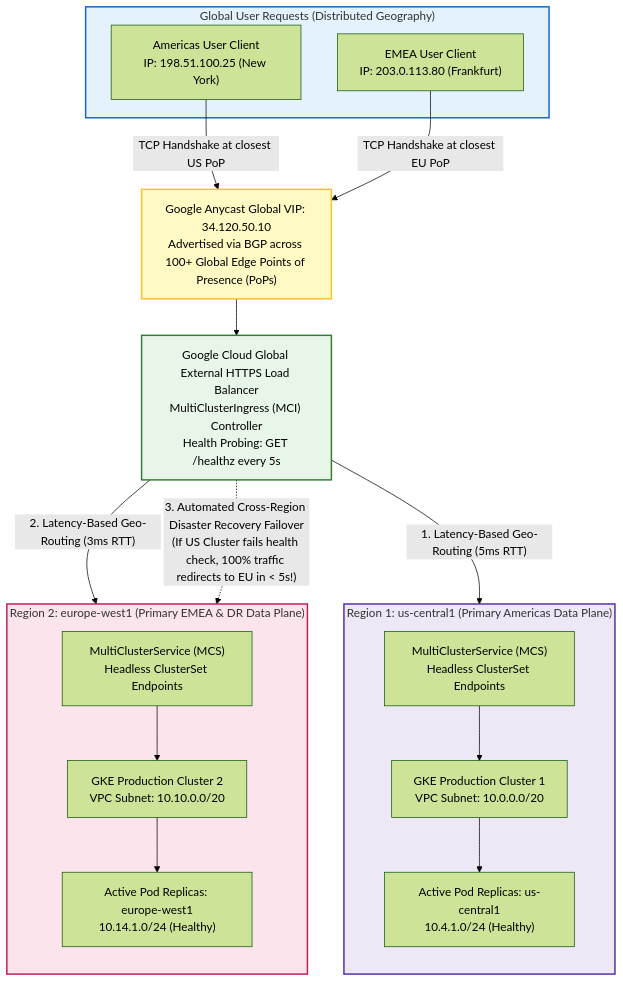
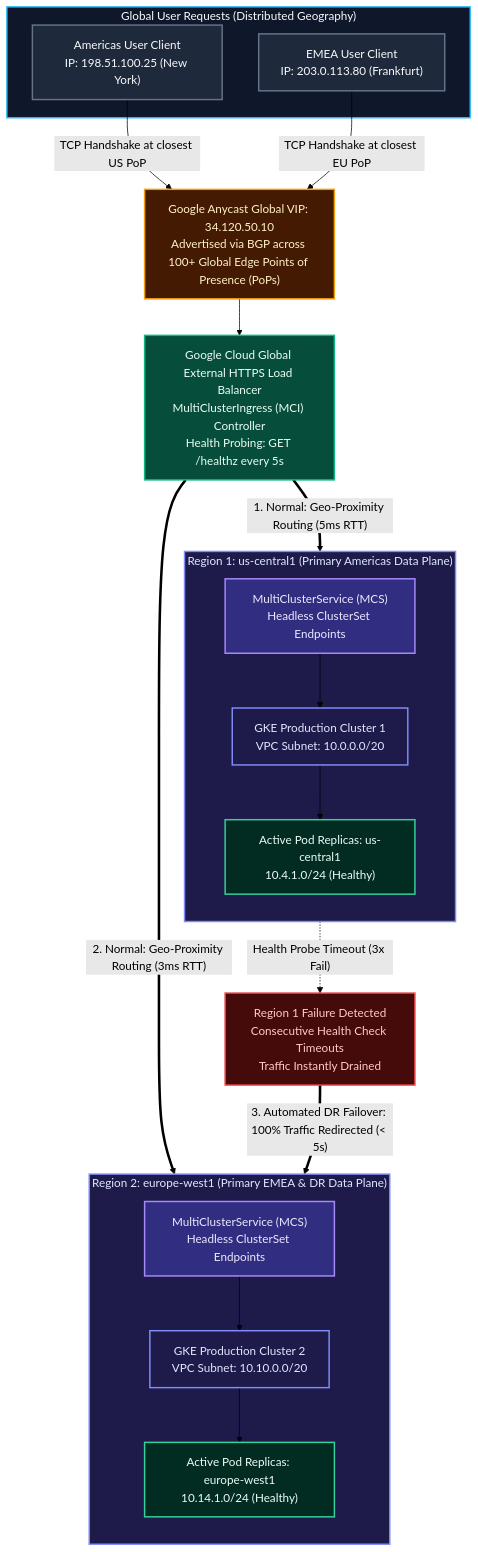
Before and after one commit to Chief-Strategist-J/gcd: the tenth of 15 diagrams in kubernetes/networking-shell-command.md, drawn with Mermaid (forest theme). The commit also changed other lines of this file, not shown here.

Commit message:
fix(mermaid): resolve syntax parse errors and apply dark theme colors with clear error pathways

````diff
--- a/kubernetes/networking-shell-command.md
+++ b/kubernetes/networking-shell-command.md
@@ -1584,42 +1592,54 @@
 ```mermaid
 graph TB
     subgraph GlobalUsers["Global User Requests (Distributed Geography)"]
         UserUS["Americas User Client<br/>IP: 198.51.100.25 (New York)"]
         UserEU["EMEA User Client<br/>IP: 203.0.113.80 (Frankfurt)"]
     end
 
     AnycastVIP["Google Anycast Global VIP: 34.120.50.10<br/>Advertised via BGP across 100+ Global Edge Points of Presence (PoPs)"]
 
-    UserUS -->|TCP Handshake at closest US PoP| AnycastVIP
-    UserEU -->|TCP Handshake at closest EU PoP| AnycastVIP
+    UserUS -->|"TCP Handshake at closest US PoP"| AnycastVIP
+    UserEU -->|"TCP Handshake at closest EU PoP"| AnycastVIP
     
     GLB["Google Cloud Global External HTTPS Load Balancer<br/>MultiClusterIngress (MCI) Controller<br/>Health Probing: GET /healthz every 5s"]
 
     AnycastVIP --> GLB
 
     subgraph REGION1["Region 1: us-central1 (Primary Americas Data Plane)"]
         direction TB
         MCI1["MultiClusterService (MCS)<br/>Headless ClusterSet Endpoints"]
         GKE1["GKE Production Cluster 1<br/>VPC Subnet: 10.0.0.0/20"]
         Pods1["Active Pod Replicas: us-central1<br/>10.4.1.0/24 (Healthy)"]
         MCI1 --> GKE1 --> Pods1
     end
 
     subgraph REGION2["Region 2: europe-west1 (Primary EMEA & DR Data Plane)"]
         direction TB
         MCI2["MultiClusterService (MCS)<br/>Headless ClusterSet Endpoints"]
         GKE2["GKE Production Cluster 2<br/>VPC Subnet: 10.10.0.0/20"]
         Pods2["Active Pod Replicas: europe-west1<br/>10.14.1.0/24 (Healthy)"]
         MCI2 --> GKE2 --> Pods2
     end
 
-    GLB -- "1. Latency-Based Geo-Routing (5ms RTT)" --> MCI1
-    GLB -- "2. Latency-Based Geo-Routing (3ms RTT)" --> MCI2
-    GLB -. "3. Automated Cross-Region Disaster Recovery Failover<br/>(If US Cluster fails health check, 100% traffic redirects to EU in < 5s!)" .-> MCI2
+    FailR1["Region 1 Failure Detected<br/>Consecutive Health Check Timeouts<br/>Traffic Instantly Drained"]
 
-    style GlobalUsers fill:#e3f2fd,stroke:#1565c0,stroke-width:2px
-    style AnycastVIP fill:#fff9c4,stroke:#fbc02d,stroke-width:2px
-    style GLB fill:#e8f5e9,stroke:#2e7d32,stroke-width:2px
-    style REGION1 fill:#ede7f6,stroke:#512da8,stroke-width:2px
-    style REGION2 fill:#fce4ec,stroke:#c2185b,stroke-width:2px
+    GLB == "1. Normal: Geo-Proximity Routing (5ms RTT)" ==> MCI1
+    GLB == "2. Normal: Geo-Proximity Routing (3ms RTT)" ==> MCI2
+    REGION1 -.->|"Health Probe Timeout (3x Fail)"| FailR1
+    FailR1 ==>|"3. Automated DR Failover: 100% Traffic Redirected (< 5s)"| MCI2
+
+    style GlobalUsers fill:#0f172a,stroke:#38bdf8,stroke-width:2px,color:#f8fafc
+    style UserUS fill:#1e293b,stroke:#64748b,stroke-width:2px,color:#f8fafc
+    style UserEU fill:#1e293b,stroke:#64748b,stroke-width:2px,color:#f8fafc
+    style AnycastVIP fill:#451a03,stroke:#f59e0b,stroke-width:2px,color:#fef3c7
+    style GLB fill:#064e3b,stroke:#10b981,stroke-width:2px,color:#ecfdf5
+    style REGION1 fill:#1e1b4b,stroke:#818cf8,stroke-width:2px,color:#e0e7ff
+    style MCI1 fill:#312e81,stroke:#a78bfa,stroke-width:2px,color:#ede9fe
+    style GKE1 fill:#1e1b4b,stroke:#818cf8,stroke-width:2px,color:#e0e7ff
+    style Pods1 fill:#022c22,stroke:#34d399,stroke-width:2px,color:#ecfdf5
+    style REGION2 fill:#1e1b4b,stroke:#818cf8,stroke-width:2px,color:#e0e7ff
+    style MCI2 fill:#312e81,stroke:#a78bfa,stroke-width:2px,color:#ede9fe
+    style GKE2 fill:#1e1b4b,stroke:#818cf8,stroke-width:2px,color:#e0e7ff
+    style Pods2 fill:#022c22,stroke:#34d399,stroke-width:2px,color:#ecfdf5
+    style FailR1 fill:#450a0a,stroke:#ef4444,stroke-width:2px,color:#fecaca
 ```
````
